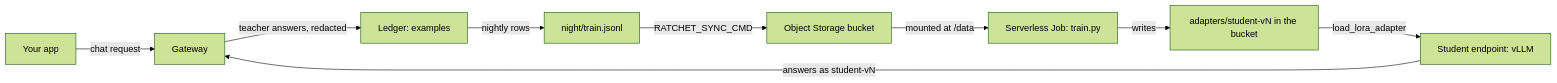
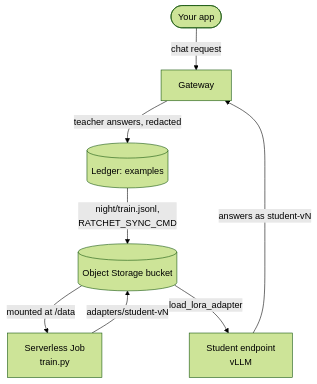
Before and after one commit to harshbhx/ratchet: the third of 4 diagrams in docs-site/src/content/docs/guides/training-on-your-data.mdx, drawn with Mermaid (forest theme). The commit also changed other lines of this file and 25 other files, not shown here.

````diff
--- a/docs-site/src/content/docs/guides/training-on-your-data.mdx
+++ b/docs-site/src/content/docs/guides/training-on-your-data.mdx
@@ -136,11 +171,13 @@
 ```mermaid
-flowchart LR
-  APP["Your app"] -->|"chat request"| GW["Gateway"]
-  GW -->|"teacher answers, redacted"| LED["Ledger: examples"]
-  LED -->|"nightly rows"| TJ["night/train.jsonl"]
-  TJ -->|"RATCHET_SYNC_CMD"| BK["Object Storage bucket"]
-  BK -->|"mounted at /data"| JOB["Serverless Job: train.py"]
-  JOB -->|"writes"| AD["adapters/student-vN in the bucket"]
-  AD -->|"load_lora_adapter"| EP["Student endpoint: vLLM"]
+flowchart TB
+  APP(["Your app"]) -->|"chat request"| GW["Gateway"]
+  GW -->|"teacher answers, redacted"| LED[("Ledger: examples")]
+  LED -->|"night/train.jsonl,<br/>RATCHET_SYNC_CMD"| BK[("Object Storage bucket")]
+  BK -->|"mounted at /data"| JOB["Serverless Job<br/>train.py"]
+  JOB -->|"adapters/student-vN"| BK
+  BK -->|"load_lora_adapter"| EP["Student endpoint<br/>vLLM"]
   EP -->|"answers as student-vN"| GW
+
+  class LED,BK store
+  class EP student
 ```
````
